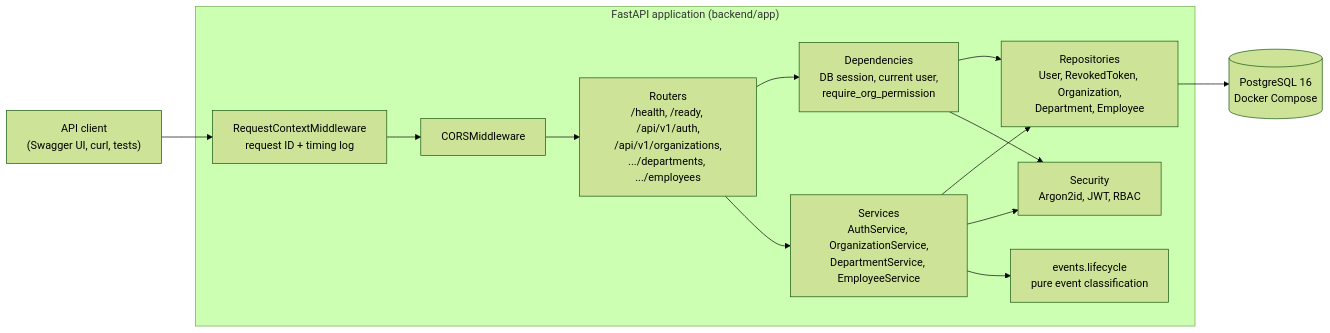
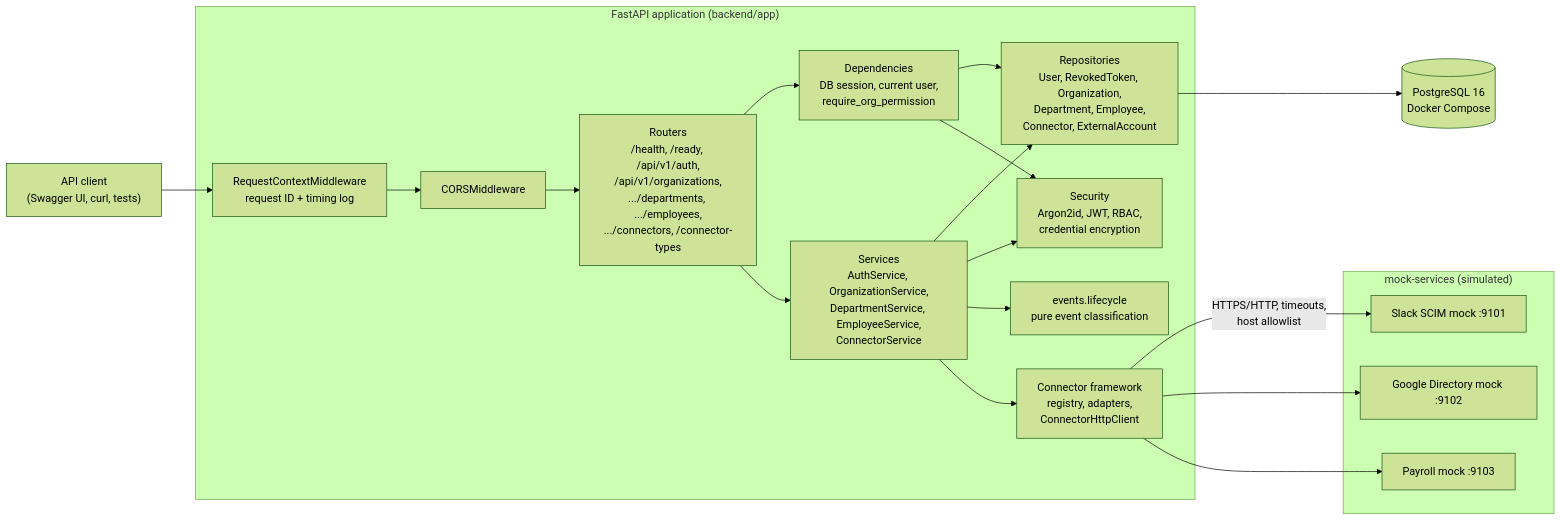
The first of 2 diagrams in docs/05-system-architecture.md (praneeth-srikurmadasu/syncforge), drawn with Mermaid (forest theme) before and after one commit. The commit also changed other lines of this file and 11 other files, not shown here.

First line of the commit message:
docs: document Phase 4 connector framework, decisions and troubleshooting

````diff
--- a/docs/05-system-architecture.md
+++ b/docs/05-system-architecture.md
@@ -8,25 +8,35 @@
 ```mermaid
 flowchart LR
     client["API client<br/>(Swagger UI, curl, tests)"]
     subgraph api["FastAPI application (backend/app)"]
         mw["RequestContextMiddleware<br/>request ID + timing log"]
         cors["CORSMiddleware"]
-        routes["Routers<br/>/health, /ready, /api/v1/auth,<br/>/api/v1/organizations,<br/>.../departments, .../employees"]
+        routes["Routers<br/>/health, /ready, /api/v1/auth,<br/>/api/v1/organizations,<br/>.../departments, .../employees,<br/>.../connectors, /connector-types"]
         deps["Dependencies<br/>DB session, current user,<br/>require_org_permission"]
-        svc["Services<br/>AuthService, OrganizationService,<br/>DepartmentService, EmployeeService"]
+        svc["Services<br/>AuthService, OrganizationService,<br/>DepartmentService, EmployeeService,<br/>ConnectorService"]
         events["events.lifecycle<br/>pure event classification"]
-        repo["Repositories<br/>User, RevokedToken, Organization,<br/>Department, Employee"]
-        sec["Security<br/>Argon2id, JWT, RBAC"]
+        repo["Repositories<br/>User, RevokedToken, Organization,<br/>Department, Employee,<br/>Connector, ExternalAccount"]
+        sec["Security<br/>Argon2id, JWT, RBAC,<br/>credential encryption"]
+        conn["Connector framework<br/>registry, adapters,<br/>ConnectorHttpClient"]
     end
     db[("PostgreSQL 16<br/>Docker Compose")]
+    subgraph mocks["mock-services (simulated)"]
+        slack["Slack SCIM mock :9101"]
+        google["Google Directory mock :9102"]
+        payroll["Payroll mock :9103"]
+    end
 
     client --> mw --> cors --> routes
     routes --> deps
     routes --> svc
     deps --> repo
     deps --> sec
     svc --> repo
     svc --> sec
     svc --> events
+    svc --> conn
     repo --> db
+    conn -- "HTTPS/HTTP, timeouts,<br/>host allowlist" --> slack
+    conn --> google
+    conn --> payroll
 ```
````
